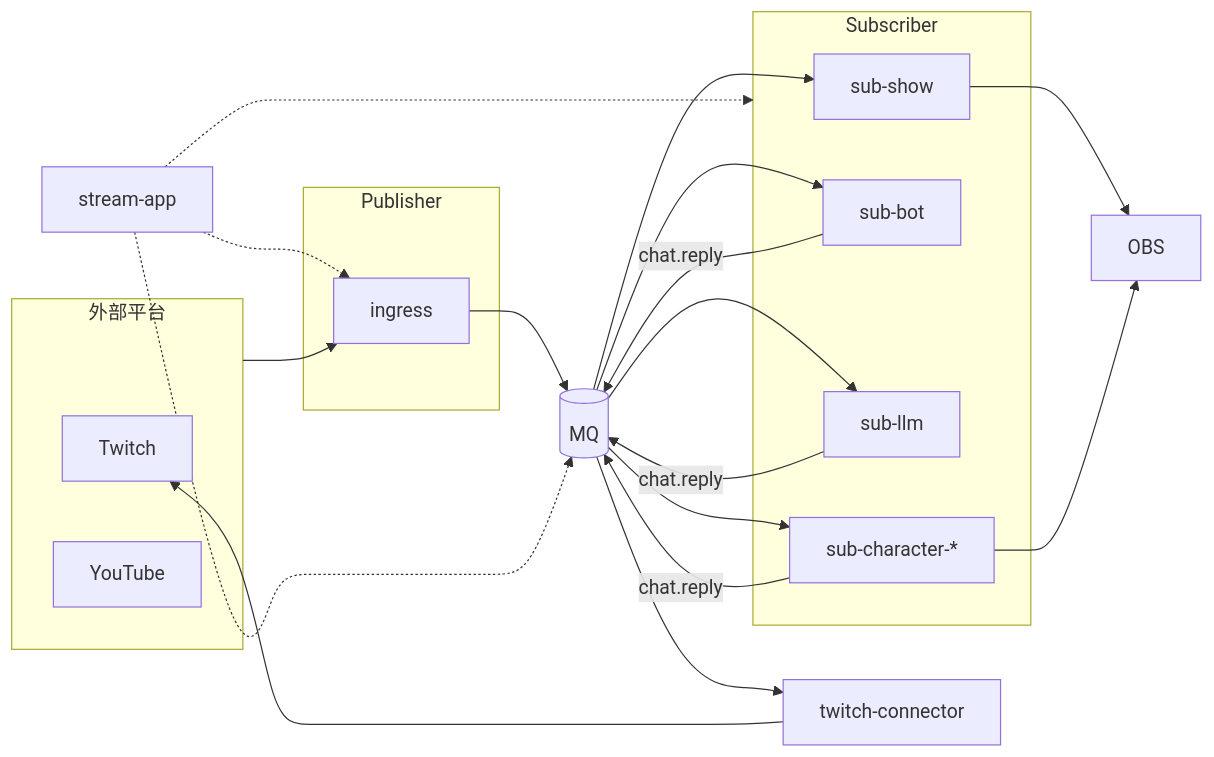
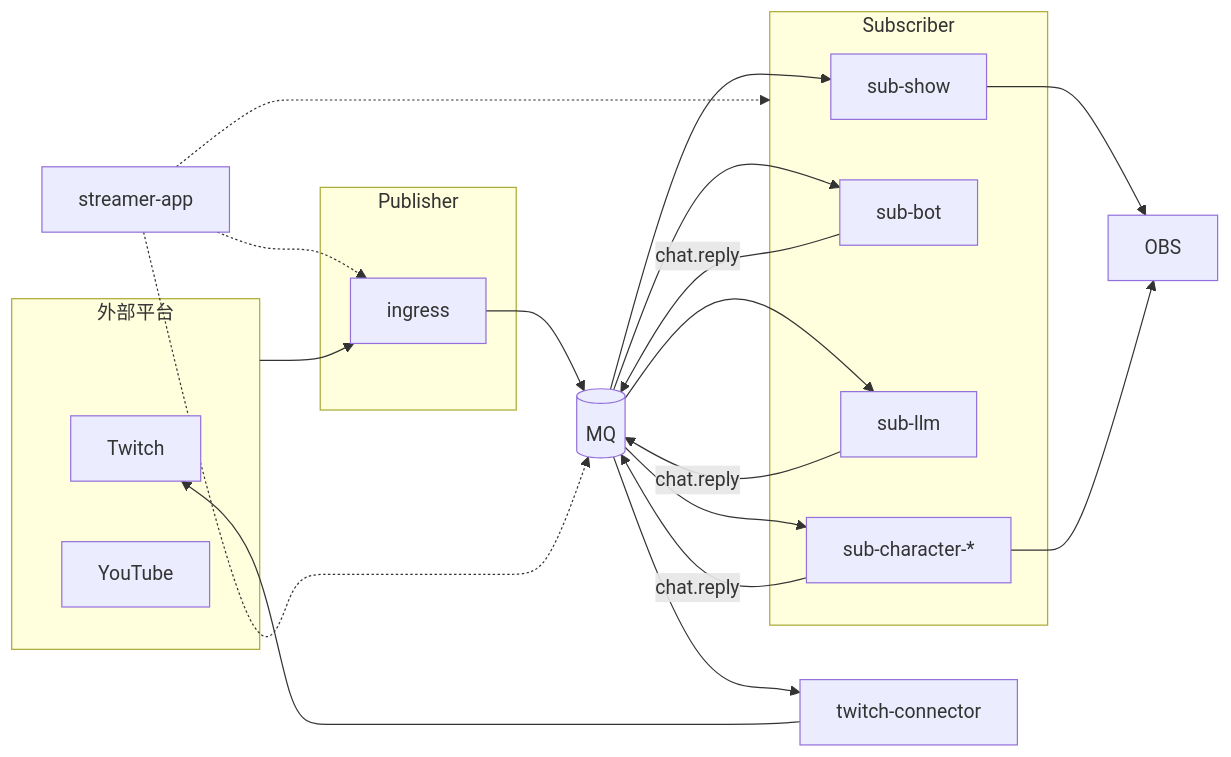
Before and after one commit to skymiku39/streamer_toolbox: the first of 2 diagrams in docs/deployment.md, drawn with Mermaid. The commit also changed other lines of this file and 15 other files, not shown here.

````diff
--- a/docs/deployment.md
+++ b/docs/deployment.md
@@ -7,37 +7,37 @@
 ```mermaid
 graph LR
     subgraph ext [外部平台]
         Twitch[Twitch]
         YT[YouTube]
     end
 
     subgraph pubs [Publisher]
         Ingress[ingress]
     end
 
     MQ[(MQ)]
 
     subgraph subs [Subscriber]
         Show[sub-show]
         Bot[sub-bot]
         LLM[sub-llm]
         Char[sub-character-*]
     end
 
     Conn[twitch-connector]
-    App[stream-app]
+    App[streamer-app]
     OBS[OBS]
 
     ext --> Ingress --> MQ
     MQ --> Show --> OBS
     MQ --> Bot
     MQ --> LLM
     MQ --> Char --> OBS
     Bot -->|chat.reply| MQ
     LLM -->|chat.reply| MQ
     Char -->|chat.reply| MQ
     MQ --> Conn --> Twitch
     App -.-> Ingress
     App -.-> subs
     App -.-> MQ
 ```
````
